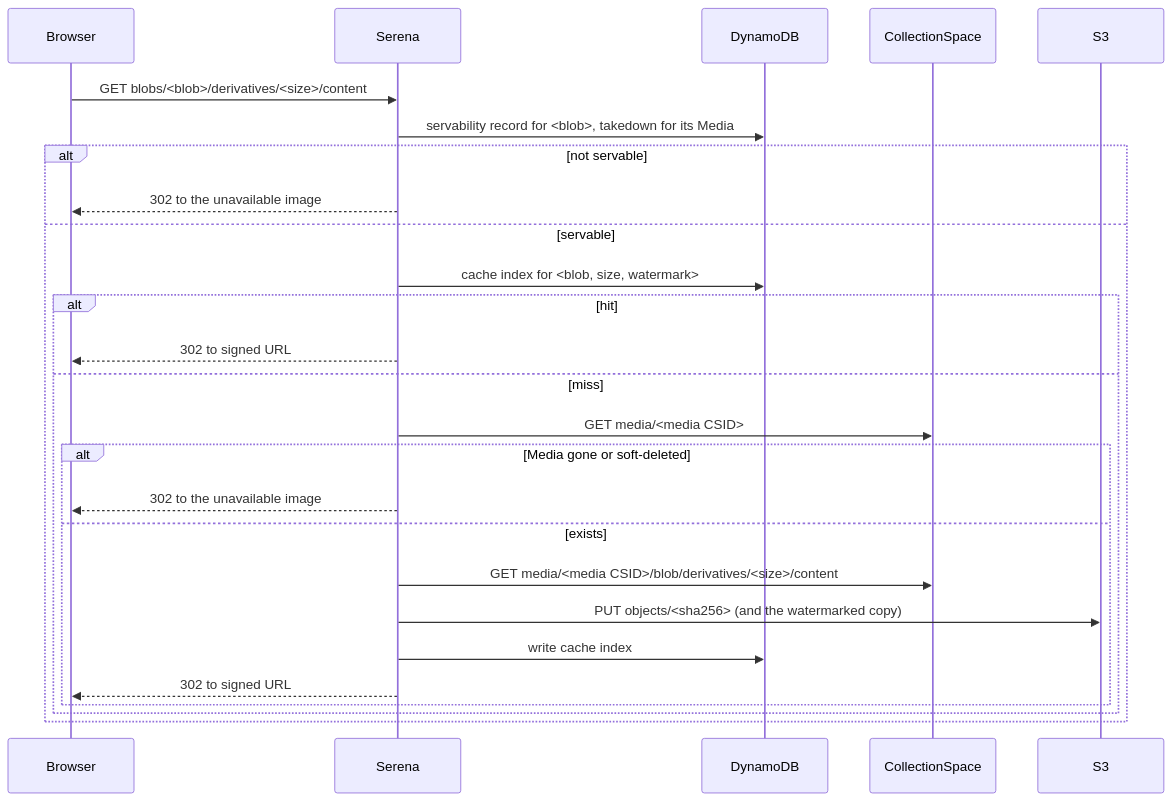
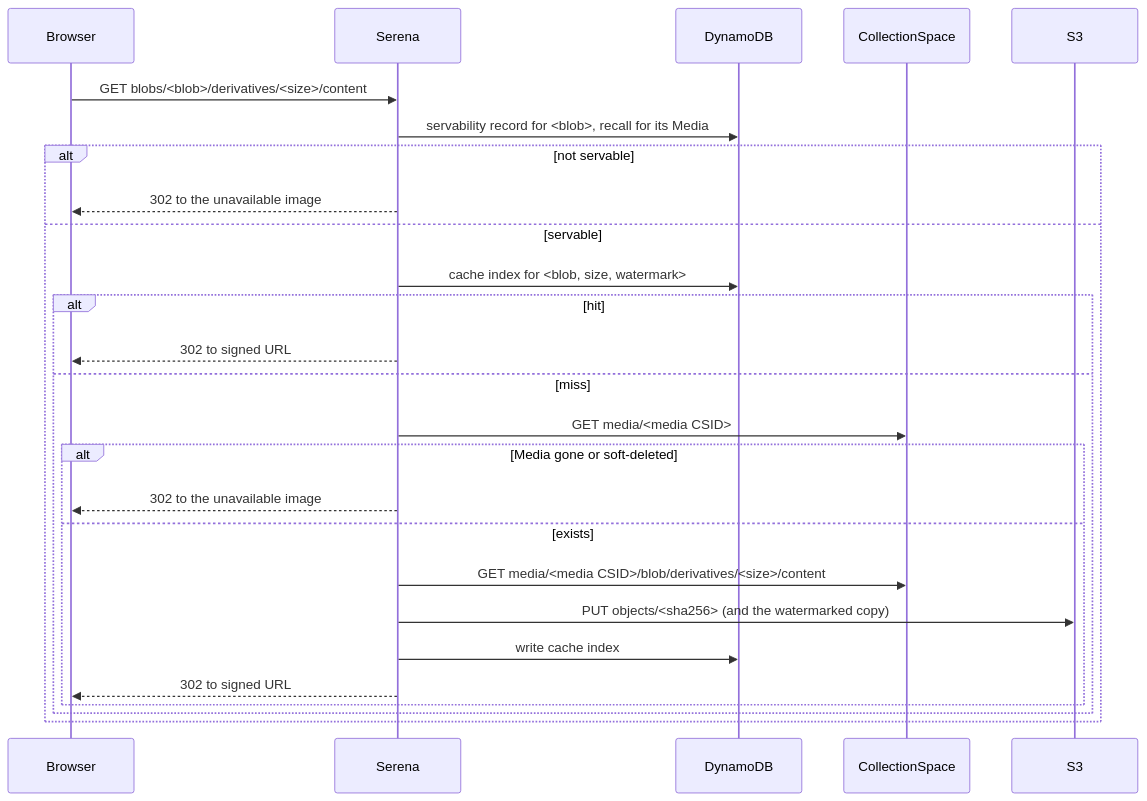
One commit to ets-berkeley-edu/cspace-media-server changed the second of 2 diagrams in docs/design.md. Above: the diagram before and after it, drawn with Mermaid. The commit also changed other lines of this file and 48 other files, not shown here.

````diff
--- a/docs/design.md
+++ b/docs/design.md
@@ -321,28 +321,28 @@
 ```mermaid
 sequenceDiagram
   participant B as Browser
   participant S as Serena
   participant D as DynamoDB
   participant C as CollectionSpace
   participant K as S3
   B->>S: GET blobs/<blob>/derivatives/<size>/content
-  S->>D: servability record for <blob>, takedown for its Media
+  S->>D: servability record for <blob>, recall for its Media
   alt not servable
     S-->>B: 302 to the unavailable image
   else servable
     S->>D: cache index for <blob, size, watermark>
     alt hit
       S-->>B: 302 to signed URL
     else miss
       S->>C: GET media/<media CSID>
       alt Media gone or soft-deleted
         S-->>B: 302 to the unavailable image
       else exists
         S->>C: GET media/<media CSID>/blob/derivatives/<size>/content
         S->>K: PUT objects/<sha256> (and the watermarked copy)
         S->>D: write cache index
         S-->>B: 302 to signed URL
       end
     end
   end
 ```
````
